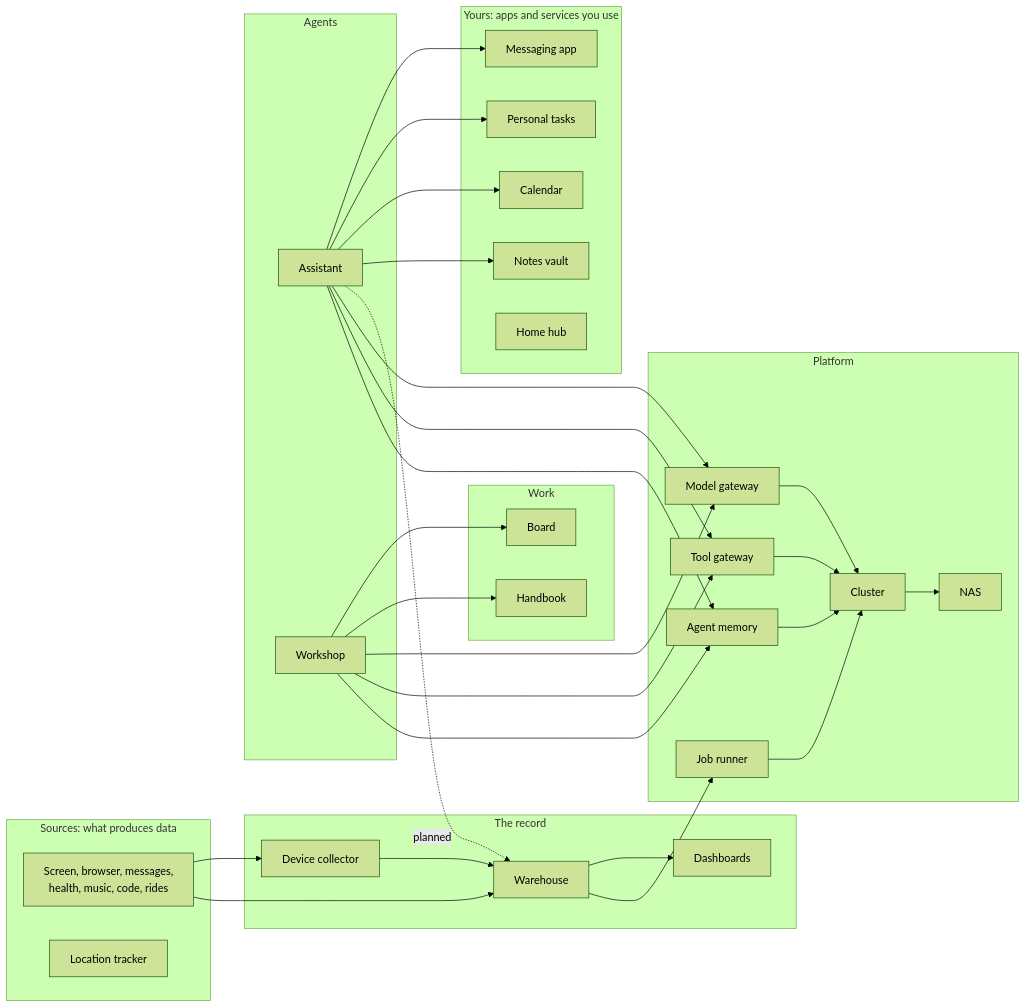
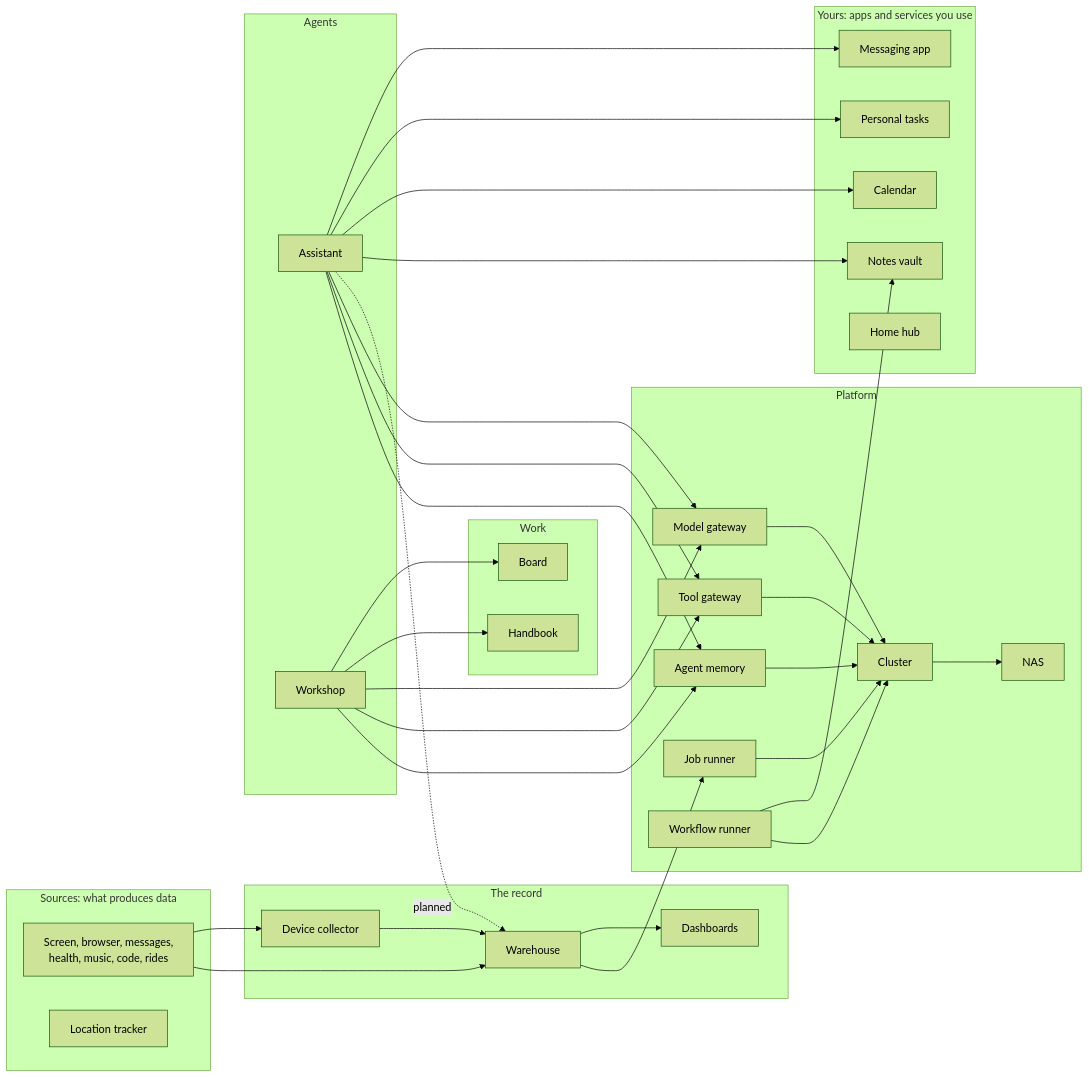
Before and after one commit to h-wb/handbook: the first of 2 diagrams in Map.md, drawn with Mermaid (forest theme). The commit also changed 5 other files, not shown here.

First line of the commit message:
From the vault's homelab notes: the vault's wiring, the workflow runner, a monitoring decision

````diff
--- a/Map.md
+++ b/Map.md
@@ -20,52 +20,55 @@
 ```mermaid
 flowchart LR
     subgraph yours[Yours: apps and services you use]
         PT["Personal tasks"]
         CA["Calendar"]
         NV["Notes vault"]
         MA["Messaging app"]
         HH["Home hub"]
     end
     subgraph sources[Sources: what produces data]
         SRC["Screen, browser, messages,<br/>health, music, code, rides"]
         LT["Location tracker"]
     end
     subgraph record[The record]
         DC["Device collector"]
         WH["Warehouse"]
         DA["Dashboards"]
     end
     subgraph agents[Agents]
         AS["Assistant"]
         WS["Workshop"]
     end
     subgraph work[Work]
         BO["Board"]
         HB["Handbook"]
     end
     subgraph platform[Platform]
         MG["Model gateway"]
         TG["Tool gateway"]
         AM["Agent memory"]
         JR["Job runner"]
+        WR["Workflow runner"]
         CL["Cluster"]
         NA["NAS"]
     end
     SRC --> DC --> WH --> DA
     SRC --> WH
     WH --> JR
     AS --> MA
     AS --> PT
     AS --> CA
     AS --> NV
     AS -.->|planned| WH
     WS --> BO
     WS --> HB
     AS & WS --> MG & TG & AM
     MG --> CL
     TG --> CL
     AM --> CL
     JR --> CL
+    WR --> NV
+    WR --> CL
     CL --> NA
-    class PT,CA,NV,MA,HH,LT,DC,WH,DA,AS,WS,BO,HB,MG,TG,AM,JR,CL,NA internal-link;
+    class PT,CA,NV,MA,HH,LT,DC,WH,DA,AS,WS,BO,HB,MG,TG,AM,JR,WR,CL,NA internal-link;
 ```
````
